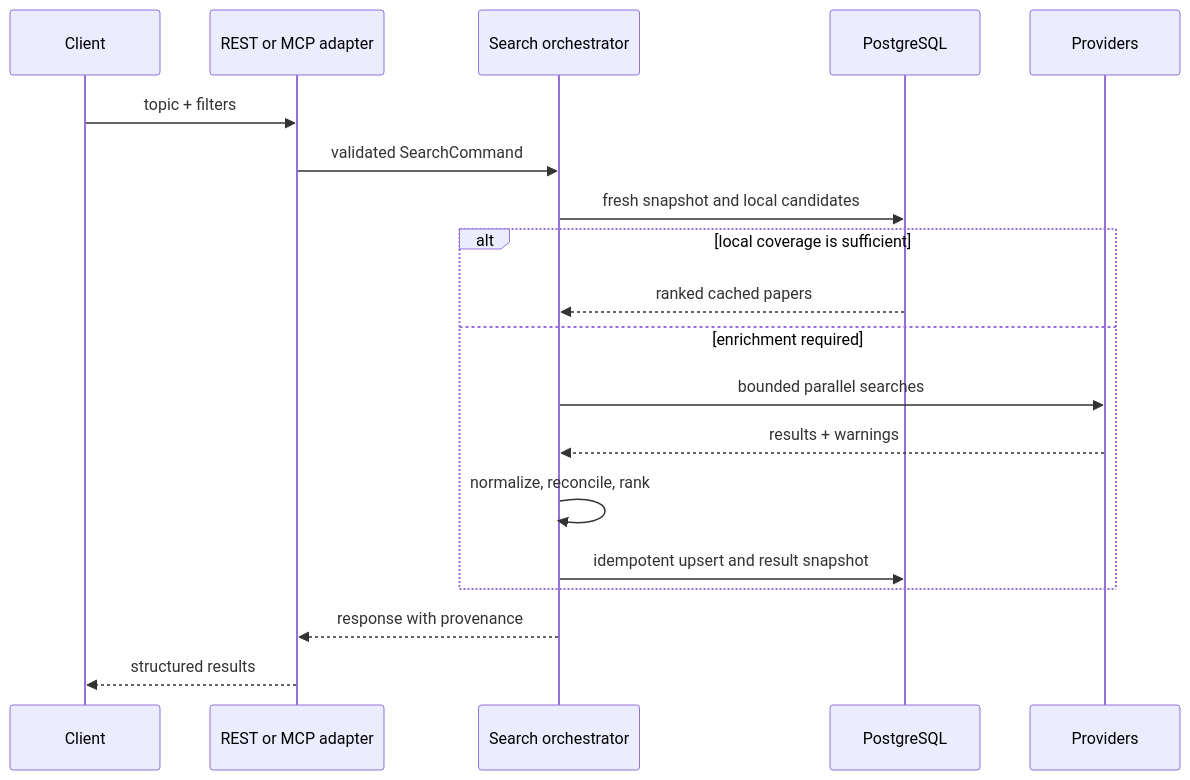
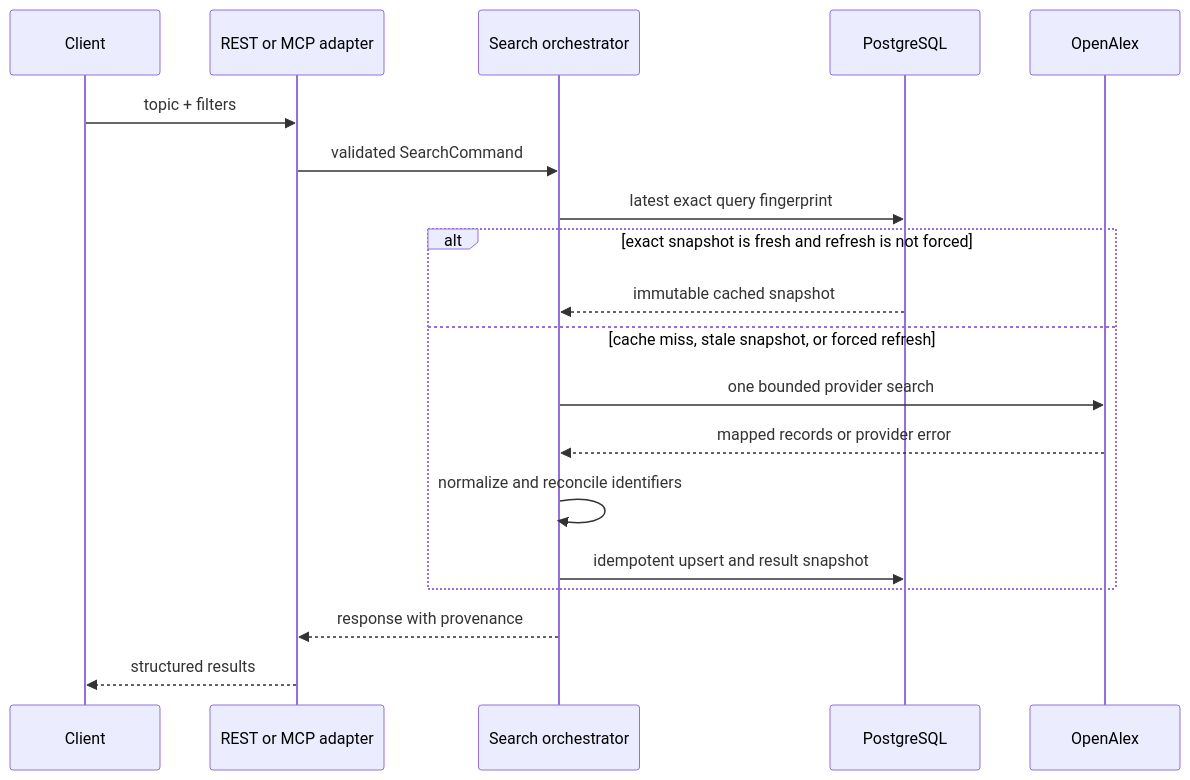
Before and after one commit to peprick/openscholar-mcp: the second of 2 diagrams in docs/ARCHITECTURE.md, drawn with Mermaid. The commit also changed other lines of this file and 70 other files, not shown here.

````diff
--- a/docs/ARCHITECTURE.md
+++ b/docs/ARCHITECTURE.md
@@ -52,22 +49,22 @@
 ```mermaid
 sequenceDiagram
     participant Client
     participant API as REST or MCP adapter
     participant Search as Search orchestrator
     participant DB as PostgreSQL
-    participant Providers
+    participant OpenAlex
 
     Client->>API: topic + filters
     API->>Search: validated SearchCommand
-    Search->>DB: fresh snapshot and local candidates
-    alt local coverage is sufficient
-        DB-->>Search: ranked cached papers
-    else enrichment required
-        Search->>Providers: bounded parallel searches
-        Providers-->>Search: results + warnings
-        Search->>Search: normalize, reconcile, rank
+    Search->>DB: latest exact query fingerprint
+    alt exact snapshot is fresh and refresh is not forced
+        DB-->>Search: immutable cached snapshot
+    else cache miss, stale snapshot, or forced refresh
+        Search->>OpenAlex: one bounded provider search
+        OpenAlex-->>Search: mapped records or provider error
+        Search->>Search: normalize and reconcile identifiers
         Search->>DB: idempotent upsert and result snapshot
     end
     Search-->>API: response with provenance
     API-->>Client: structured results
 ```
````
